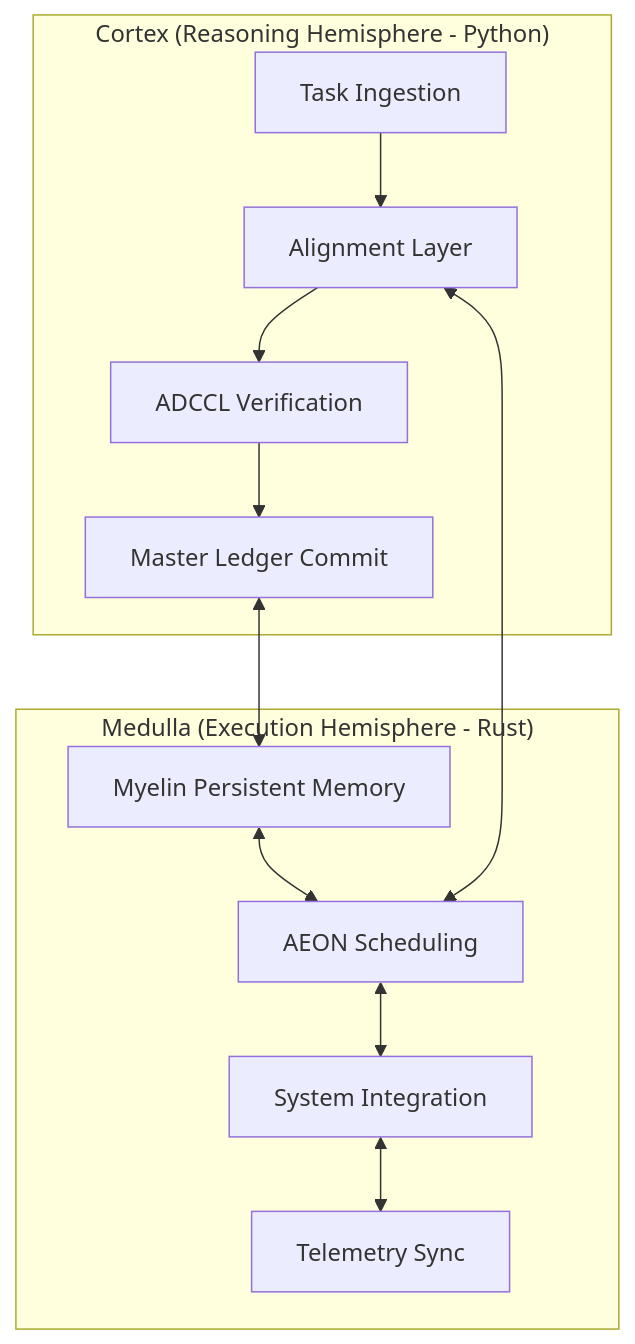
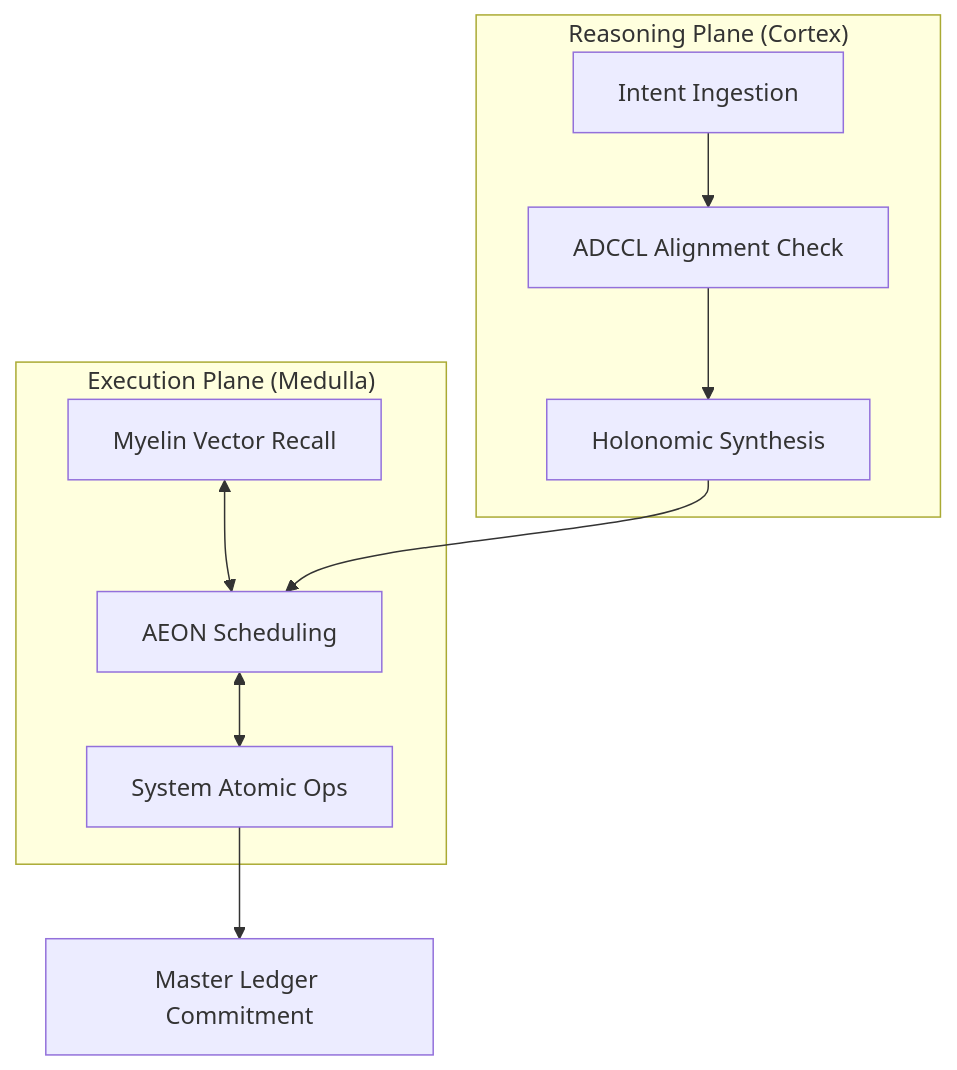
Before and after one commit to Mega-Therion/Chyren: the diagram in README.md, drawn with Mermaid. The commit also changed other lines of this file and 3 other files, not shown here.

````diff
--- a/README.md
+++ b/README.md
@@ -18,17 +75,15 @@
 ```mermaid
 graph TD
-    subgraph "Cortex (Reasoning Hemisphere - Python)"
-        A[Task Ingestion] --> B[Alignment Layer]
-        B --> C[ADCCL Verification]
-        C --> D[Master Ledger Commit]
+    subgraph "Reasoning Plane (Cortex)"
+        A[Intent Ingestion] --> B[ADCCL Alignment Check]
+        B --> C[Holonomic Synthesis]
     end
 
-    subgraph "Medulla (Execution Hemisphere - Rust)"
-        E[Myelin Persistent Memory] <--> F[AEON Scheduling]
-        F <--> G[System Integration]
-        G <--> H[Telemetry Sync]
+    subgraph "Execution Plane (Medulla)"
+        D[Myelin Vector Recall] <--> E[AEON Scheduling]
+        E <--> F[System Atomic Ops]
     end
 
-    D <--> E
-    B <--> F
+    C --> E
+    F --> G[Master Ledger Commitment]
 ```
````
